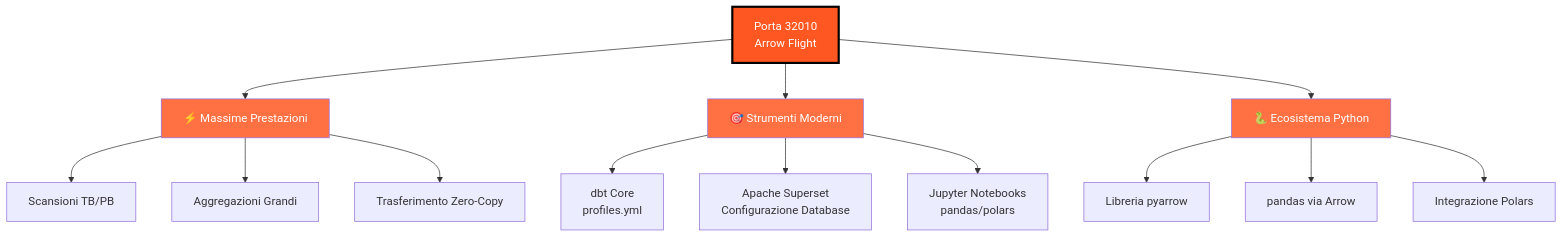
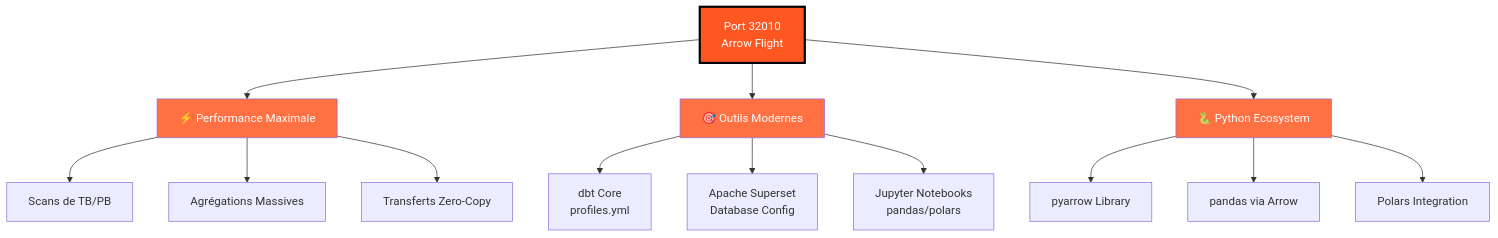
One commit to Monsau/Talentys-OSS-Data-Platform changed the seventh of 8 diagrams in docs/i18n/it/architecture/dremio-ports-visual.md. Above: the diagram before and after it, drawn with Mermaid. The commit also changed other lines of this file and 485 other files, not shown here.

First line of the commit message:
feat: v1.1.0 - Complete i18n roadmap, AI services, and data platform

````diff
--- a/docs/i18n/it/architecture/dremio-ports-visual.md
+++ b/docs/i18n/it/architecture/dremio-ports-visual.md
@@ -222,25 +222,25 @@
 ```mermaid
 graph TB
-    A[Porta 32010<br/>Arrow Flight]
+    A[Port 32010<br/>Arrow Flight]
     
-    A --> B1[⚡ Massime Prestazioni]
-    A --> B2[🎯 Strumenti Moderni]
-    A --> B3[🐍 Ecosistema Python]
+    A --> B1[⚡ Performance Maximale]
+    A --> B2[🎯 Outils Modernes]
+    A --> B3[🐍 Python Ecosystem]
     
-    B1 --> C1[Scansioni TB/PB]
-    B1 --> C2[Aggregazioni Grandi]
-    B1 --> C3[Trasferimento Zero-Copy]
+    B1 --> C1[Scans de TB/PB]
+    B1 --> C2[Agrégations Massives]
+    B1 --> C3[Transferts Zero-Copy]
     
     B2 --> D1[dbt Core<br/>profiles.yml]
-    B2 --> D2[Apache Superset<br/>Configurazione Database]
+    B2 --> D2[Apache Superset<br/>Database Config]
     B2 --> D3[Jupyter Notebooks<br/>pandas/polars]
     
-    B3 --> E1[Libreria pyarrow]
+    B3 --> E1[pyarrow Library]
     B3 --> E2[pandas via Arrow]
-    B3 --> E3[Integrazione Polars]
+    B3 --> E3[Polars Integration]
     
     style A fill:#FF5722,color:#fff,stroke:#000,stroke-width:3px
     style B1 fill:#FF7043,color:#fff
     style B2 fill:#FF7043,color:#fff
     style B3 fill:#FF7043,color:#fff
 ```
````
